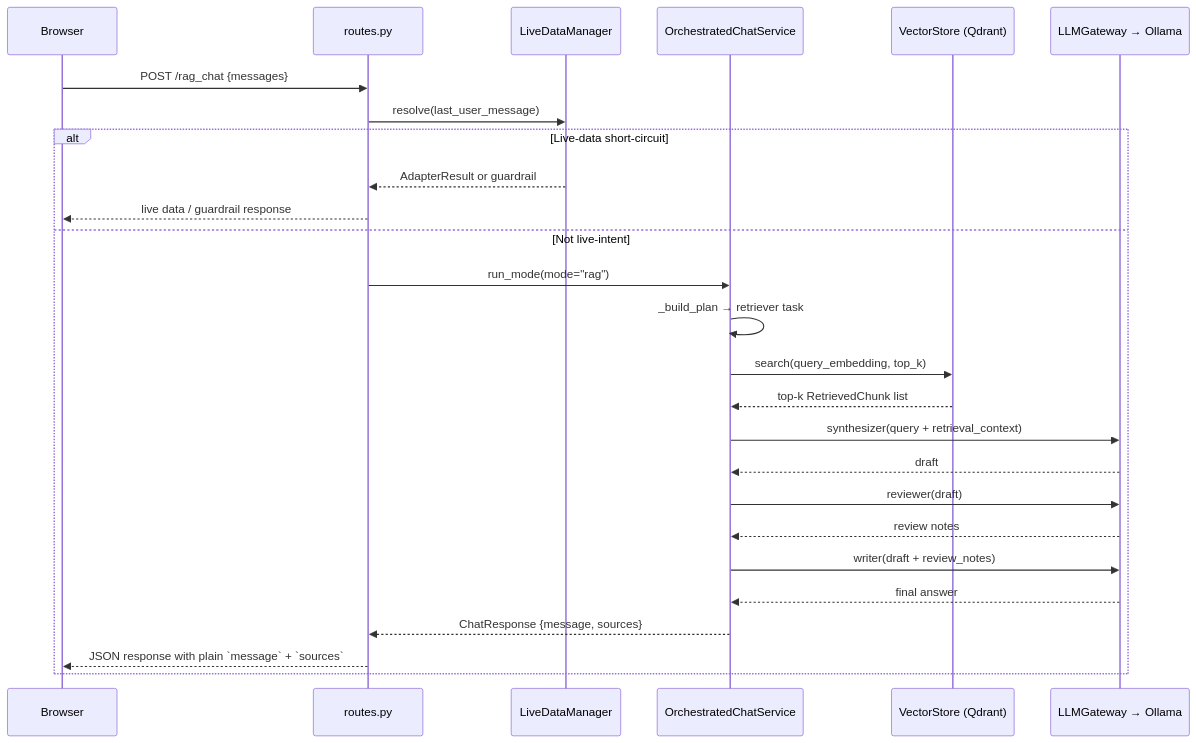
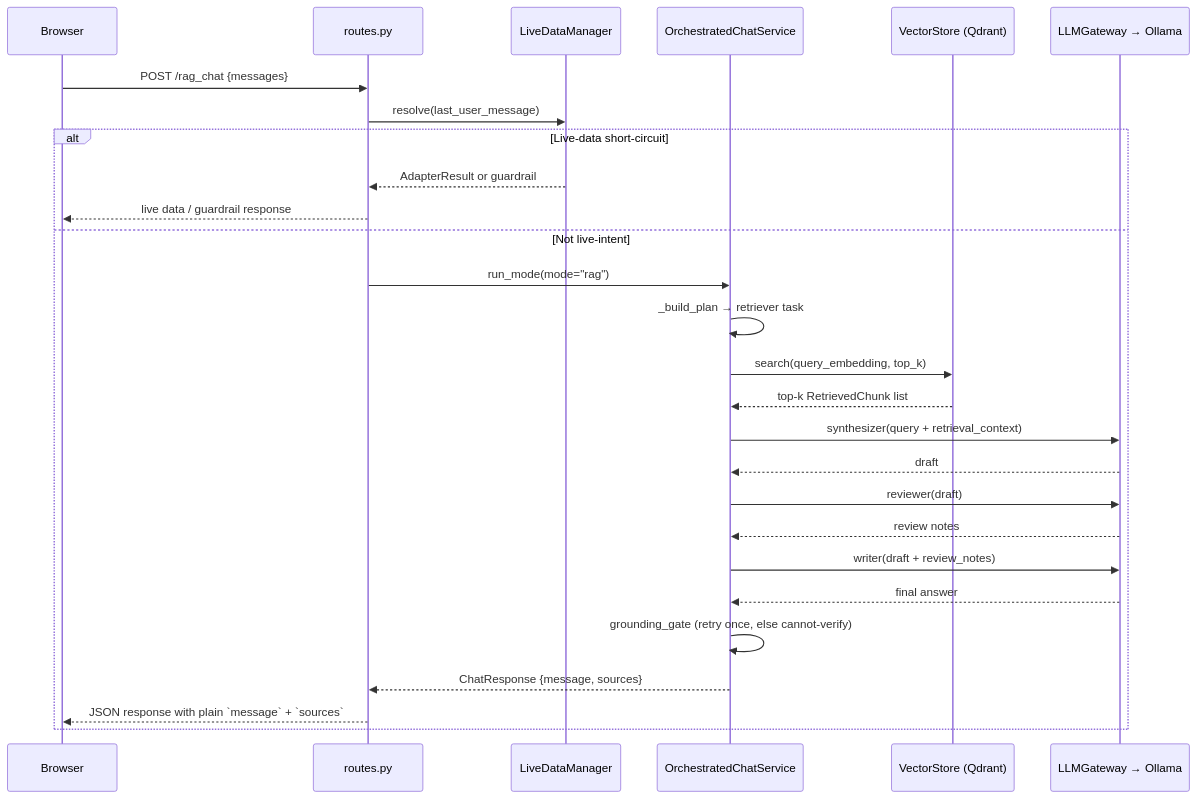
One commit to sreeram843/personal-ai changed the fourth of 12 diagrams in docs/architecture.md. Above: the diagram before and after it, drawn with Mermaid. The commit also changed other lines of this file and 134 other files, not shown here.

````diff
--- a/docs/architecture.md
+++ b/docs/architecture.md
@@ -194,29 +200,30 @@
 ```mermaid
 sequenceDiagram
     participant Browser
     participant Routes as routes.py
     participant LD as LiveDataManager
     participant Orch as OrchestratedChatService
     participant QD as VectorStore (Qdrant)
     participant LLM as LLMGateway → Ollama
 
     Browser->>Routes: POST /rag_chat {messages}
     Routes->>LD: resolve(last_user_message)
     alt Live-data short-circuit
         LD-->>Routes: AdapterResult or guardrail
         Routes-->>Browser: live data / guardrail response
     else Not live-intent
         Routes->>Orch: run_mode(mode="rag")
         Orch->>Orch: _build_plan → retriever task
         Orch->>QD: search(query_embedding, top_k)
         QD-->>Orch: top-k RetrievedChunk list
         Orch->>LLM: synthesizer(query + retrieval_context)
         LLM-->>Orch: draft
         Orch->>LLM: reviewer(draft)
         LLM-->>Orch: review notes
         Orch->>LLM: writer(draft + review_notes)
         LLM-->>Orch: final answer
+        Orch->>Orch: grounding_gate (retry once, else cannot-verify)
         Orch-->>Routes: ChatResponse {message, sources}
         Routes-->>Browser: JSON response with plain `message` + `sources`
     end
 ```
````
